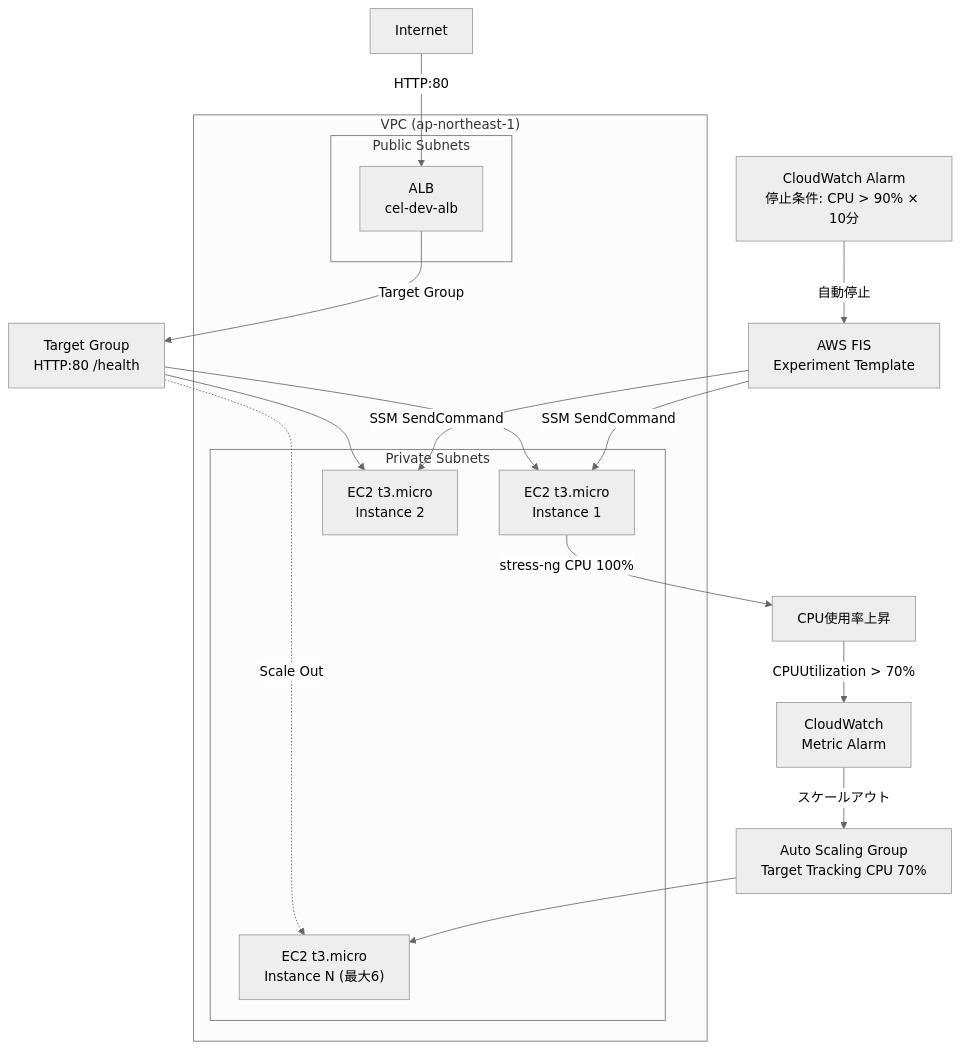
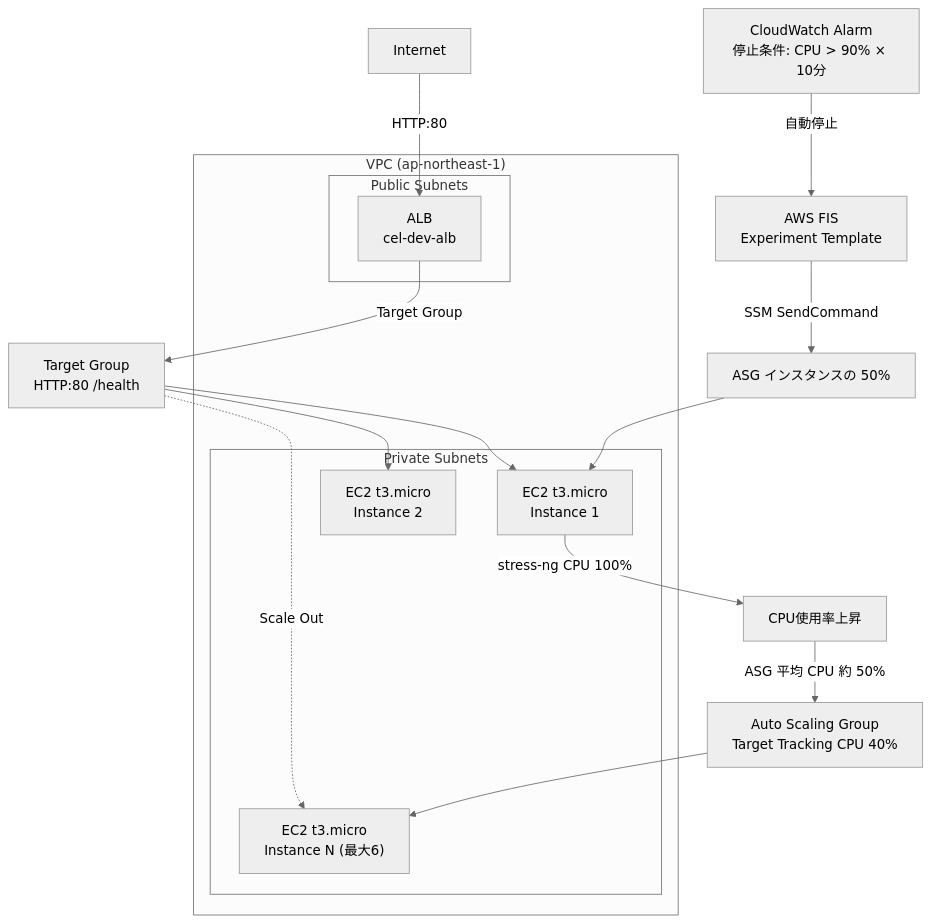
The diagram in chaos-engineering-lab/README.md (tk-21/terraform-lab), drawn with Mermaid (neutral theme) before and after one commit. The commit also changed other lines of this file and 6 other files, not shown here.

Commit message:
fix(chaos-engineering): stabilize FIS scale-out experiment

````diff
--- a/chaos-engineering-lab/README.md
+++ b/chaos-engineering-lab/README.md
@@ -62,28 +62,27 @@
 ```mermaid
 graph TD
     Internet["Internet"] -->|HTTP:80| ALB["ALB\ncel-dev-alb"]
     ALB -->|Target Group| TG["Target Group\nHTTP:80 /health"]
     TG --> EC2_1["EC2 t3.micro\nInstance 1"]
     TG --> EC2_2["EC2 t3.micro\nInstance 2"]
     TG -.->|Scale Out| EC2_N["EC2 t3.micro\nInstance N (最大6)"]
 
-    FIS["AWS FIS\nExperiment Template"] -->|SSM SendCommand| EC2_1
-    FIS -->|SSM SendCommand| EC2_2
+    FIS["AWS FIS\nExperiment Template"] -->|SSM SendCommand| FISTarget["ASG インスタンスの 50%"]
+    FISTarget --> EC2_1
     EC2_1 -->|stress-ng CPU 100%| CPU["CPU使用率上昇"]
-    CPU -->|CPUUtilization > 70%| CW["CloudWatch\nMetric Alarm"]
-    CW -->|スケールアウト| ASG["Auto Scaling Group\nTarget Tracking CPU 70%"]
+    CPU -->|ASG 平均 CPU 約 50%| ASG["Auto Scaling Group\nTarget Tracking CPU 40%"]
     ASG --> EC2_N
 
     CW2["CloudWatch Alarm\n停止条件: CPU > 90% × 10分"] -->|自動停止| FIS
 
     subgraph VPC ["VPC (ap-northeast-1)"]
         subgraph Public ["Public Subnets"]
             ALB
         end
         subgraph Private ["Private Subnets"]
             EC2_1
             EC2_2
             EC2_N
         end
     end
 ```
````
